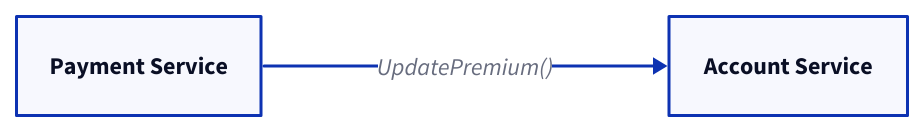
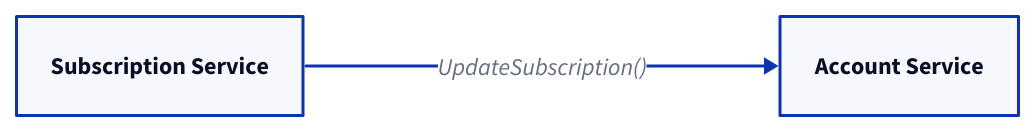
One commit to link1905/system-design-101 changed the sixth of 15 diagrams in content/docs/web-service/microservice.md. Above: the diagram before and after it, drawn with D2. The commit also changed other lines of this file and 10 other files, not shown here.

````diff
--- a/content/docs/web-service/microservice.md
+++ b/content/docs/web-service/microservice.md
@@ -299,10 +340,10 @@
 ```d2
 direction: right
-a: Payment Service {
+a: Subscription Service {
     class: server
 }
 b: Account Service {
     class: server
 }
-a -> b: "UpdatePremium()"
+a -> b: "UpdateSubscription()"
 ```
````
